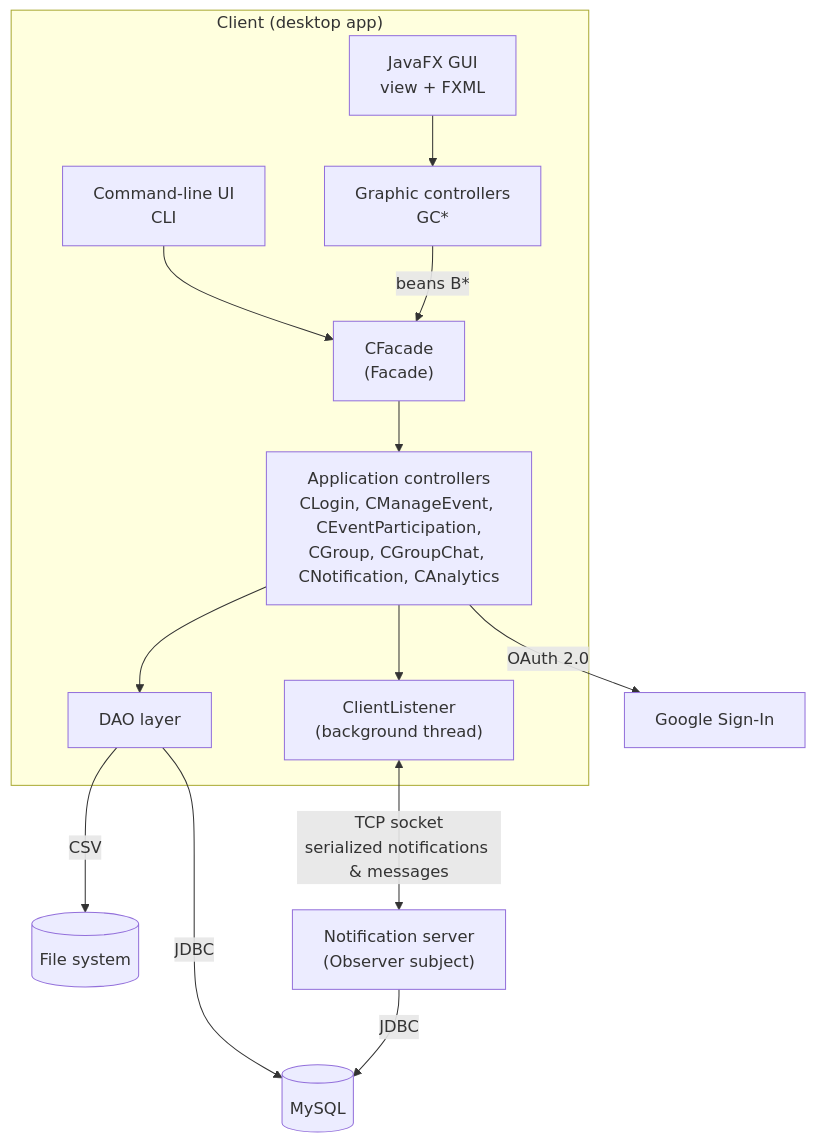
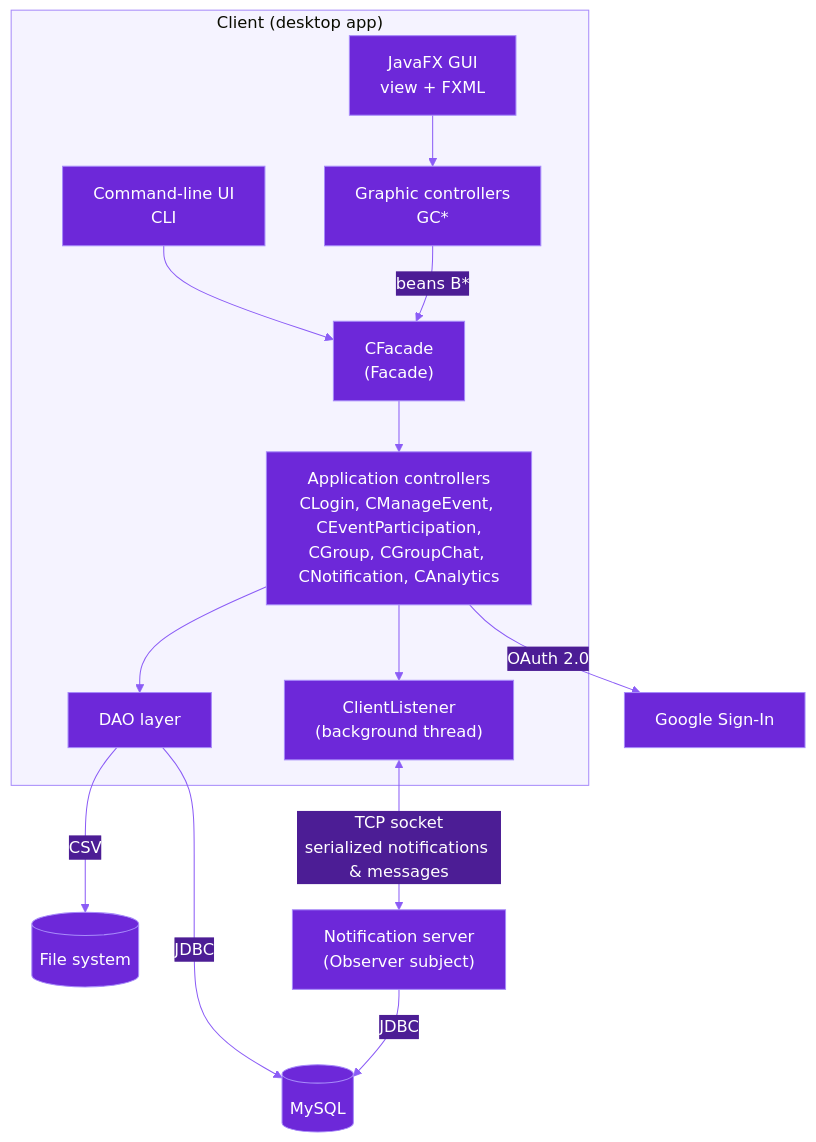
The diagram in docs/ARCHITECTURE.md (DeveloperMatt02/NightPlan), drawn with Mermaid before and after one commit. The commit also changed other lines of this file and 8 other files, not shown here.

````diff
--- a/docs/ARCHITECTURE.md
+++ b/docs/ARCHITECTURE.md
@@ -10,18 +14,19 @@
 ```mermaid
+%%{init: {'theme':'base','themeVariables':{'primaryColor':'#6D28D9','primaryTextColor':'#FFFFFF','primaryBorderColor':'#A78BFA','lineColor':'#8B5CF6','secondaryColor':'#4C1D95','tertiaryColor':'#F5F3FF','clusterBkg':'#F5F3FF','clusterBorder':'#A78BFA','edgeLabelBackground':'#4C1D95','textColor':'#1E1B4B','fontFamily':'Poppins, Segoe UI, sans-serif'}}}%%
 graph TD
     subgraph Client["Client (desktop app)"]
         GUI["JavaFX GUI<br/>view + FXML"] --> GC["Graphic controllers<br/>GC*"]
         CLI["Command-line UI<br/>CLI"] --> F
         GC -->|beans B*| F["CFacade<br/>(Facade)"]
         F --> AC["Application controllers<br/>CLogin, CManageEvent, CEventParticipation,<br/>CGroup, CGroupChat, CNotification, CAnalytics"]
         AC --> DAO["DAO layer"]
         AC --> CL["ClientListener<br/>(background thread)"]
     end
 
     DAO -->|JDBC| DB[(MySQL)]
     DAO -->|CSV| FS[(File system)]
     AC -->|OAuth 2.0| G[Google Sign-In]
 
     CL <-->|TCP socket<br/>serialized notifications & messages| S["Notification server<br/>(Observer subject)"]
     S -->|JDBC| DB
 ```
````
